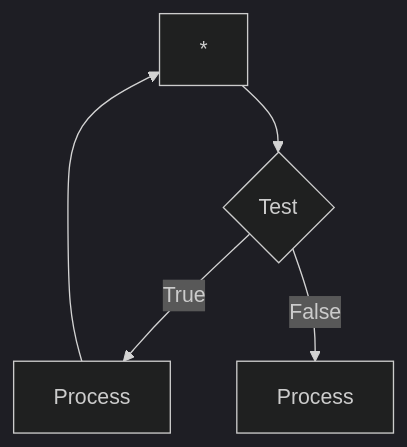
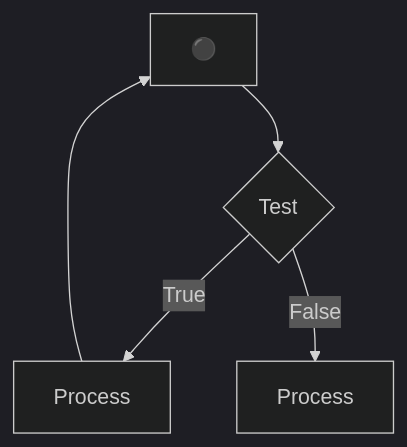
The fourth of 4 diagrams in README.MD (ArkarHein44/Flowchart), drawn with Mermaid (dark theme) before and after one commit.

Commit message:
init commit

````diff
--- a/README.MD
+++ b/README.MD
@@ -49,7 +49,7 @@
 ```mermaid
 flowchart TB
-    A[*]-->B{Test}
+    A[⚫]-->B{Test}
     B-- True --> C[Process]
     B-- False -->D[Process]
     C-->A
 ```
````
